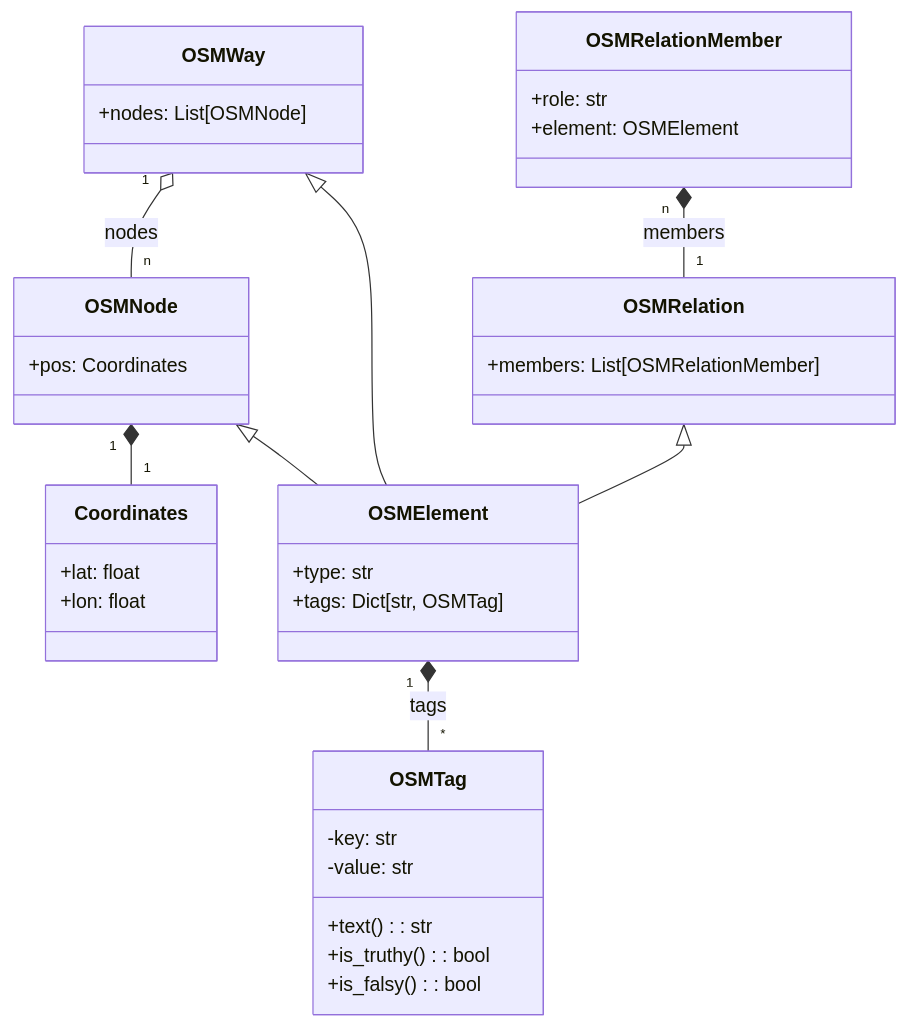
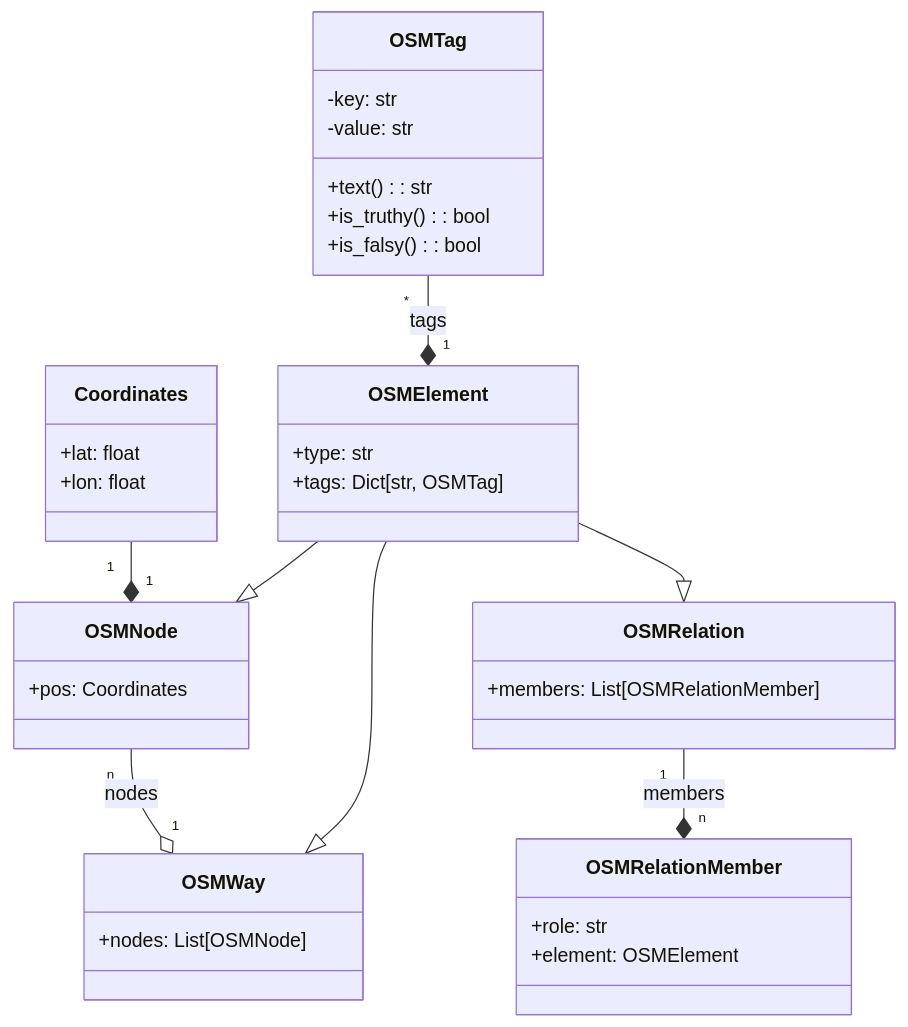
The fourth of 4 diagrams in docs/readme.md (RandomSearch18/a-level-project), drawn with Mermaid before and after one commit.

Commit message:
Class diagrams for OSM data: Flip the diagram upside down

````diff
--- a/docs/readme.md
+++ b/docs/readme.md
@@ -1121,44 +1121,45 @@
 ```mermaid
 classDiagram
+  direction BT
   class Coordinates {
     +lat: float
     +lon: float
   }
 
   class OSMTag {
     -key: str
     -value: str
     +text(): str
     +is_truthy(): bool
     +is_falsy(): bool
   }
 
   OSMElement "1" *-- "*" OSMTag : tags
   class OSMElement {
     +type: str
     +tags: Dict[str, OSMTag]
   }
 
   OSMNode <|-- OSMElement
   OSMNode "1" *-- "1" Coordinates
   class OSMNode {
     +pos: Coordinates
   }
 
   OSMWay <|-- OSMElement
   OSMWay "1" o-- "n" OSMNode : nodes
   class OSMWay {
     +nodes: List[OSMNode]
   }
 
   OSMRelationMember "n" *-- "1" OSMRelation : members
   class OSMRelationMember {
     +role: str
     +element: OSMElement
   }
 
   OSMRelation <|-- OSMElement
   class OSMRelation {
     +members: List[OSMRelationMember]
   }
 ```
````
